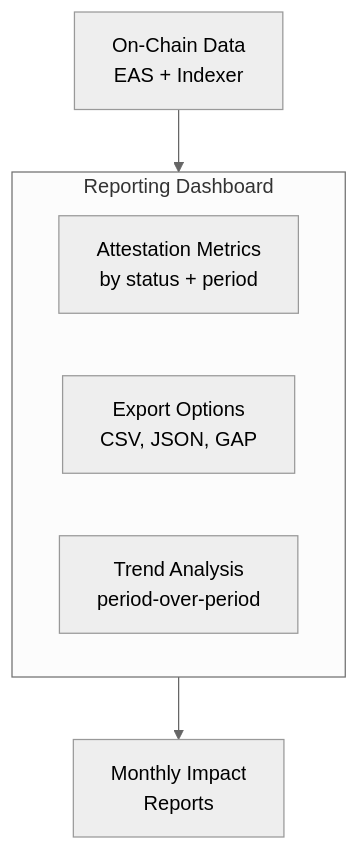
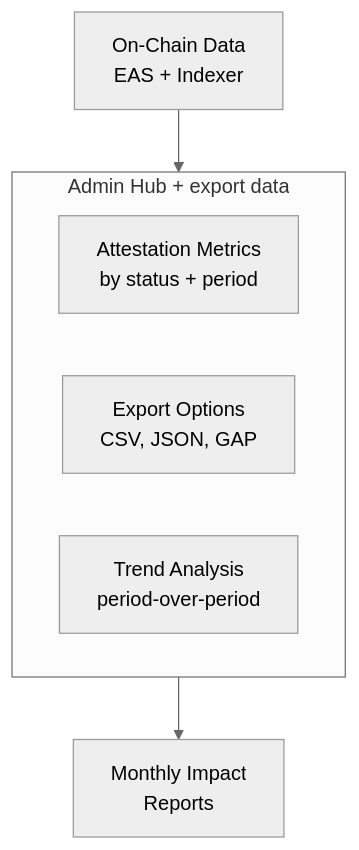
The diagram in docs/docs/community/evaluator-guide/reporting-analytics.mdx (greenpill-dev-guild/green-goods), drawn with Mermaid (neutral theme) before and after one commit. The commit also changed other lines of this file and 20 other files, not shown here.

````diff
--- a/docs/docs/community/evaluator-guide/reporting-analytics.mdx
+++ b/docs/docs/community/evaluator-guide/reporting-analytics.mdx
@@ -44,11 +46,11 @@
 ```mermaid
 graph TB
-    subgraph Dashboard["Reporting Dashboard"]
+    subgraph Hub["Admin Hub + export data"]
         Metrics["Attestation Metrics\nby status + period"]
         Export["Export Options\nCSV, JSON, GAP"]
         Trends["Trend Analysis\nperiod-over-period"]
     end
 
-    Data["On-Chain Data\nEAS + Indexer"] --> Dashboard
-    Dashboard --> Reports["Monthly Impact\nReports"]
+    Data["On-Chain Data\nEAS + Indexer"] --> Hub
+    Hub --> Reports["Monthly Impact\nReports"]
 ```
````
